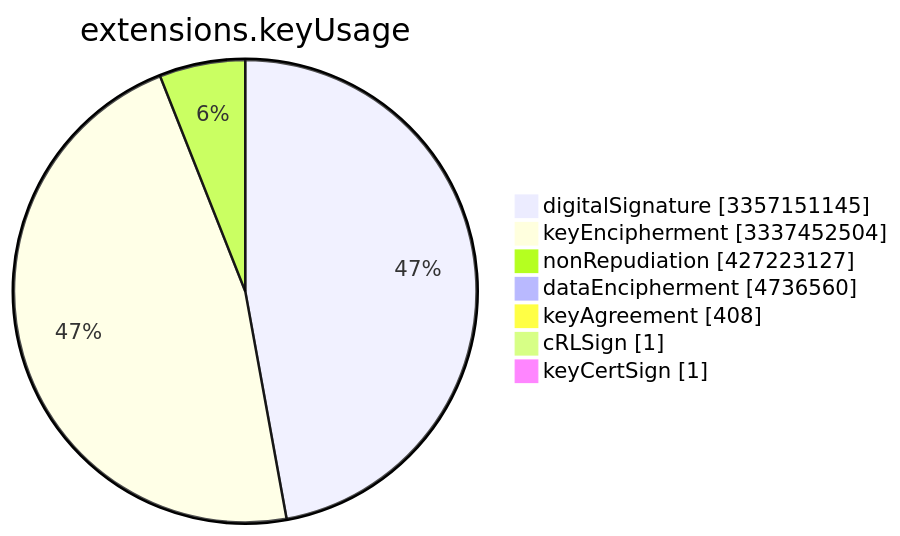
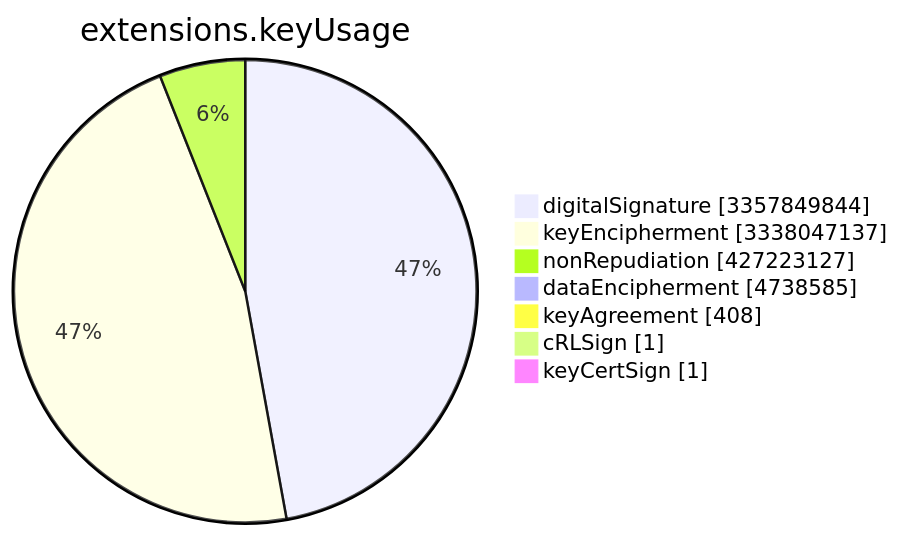
One commit to christiankrug/ctmonitor_visualization changed the sixth of 15 diagrams in TOTAL/README.md. Above: the diagram before and after it, drawn with Mermaid. The commit also changed other lines of this file, not shown here.

````diff
--- a/TOTAL/README.md
+++ b/TOTAL/README.md
@@ -3079,11 +3079,11 @@
 ```mermaid
 pie showData
 title extensions.keyUsage
-"digitalSignature" :3357151145
-"keyEncipherment" :3337452504
+"digitalSignature" :3357849844
+"keyEncipherment" :3338047137
 "nonRepudiation" :427223127
-"dataEncipherment" :4736560
+"dataEncipherment" :4738585
 "keyAgreement" :408
 "cRLSign" :1
 "keyCertSign" :1
 ```
````
